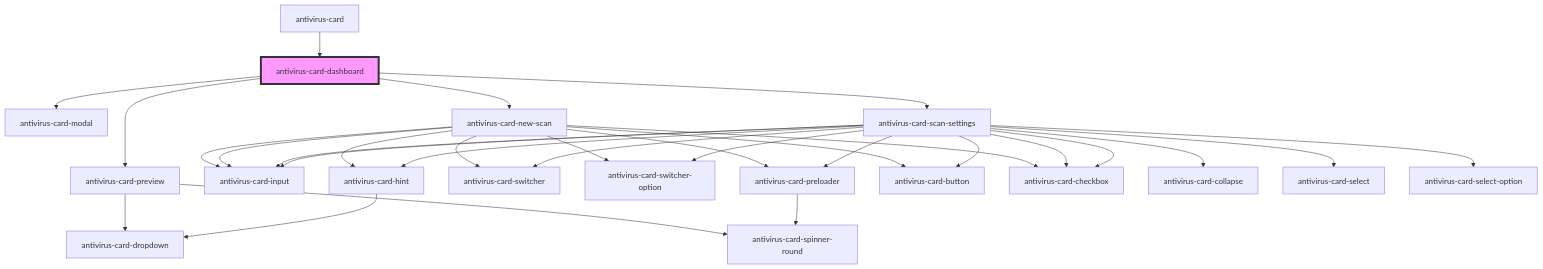
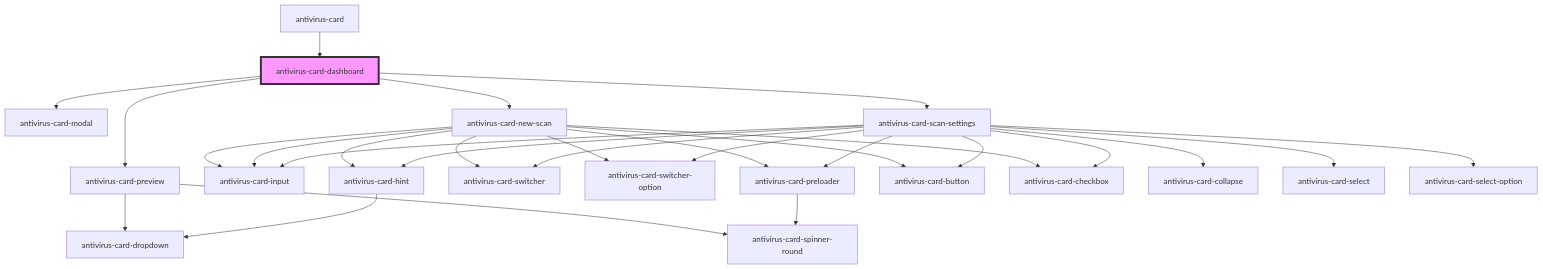
One commit to ispsystem/plugin-imunify changed the diagram in client/packages/antivirus-card/src/components/dashboard/readme.md. Above: the diagram before and after it, drawn with Mermaid. The commit also changed 6 other files, not shown here.

Commit message:
fix(antivirus-card): 🐛 small bugfix by todo list

````diff
--- a/client/packages/antivirus-card/src/components/dashboard/readme.md
+++ b/client/packages/antivirus-card/src/components/dashboard/readme.md
@@ -29,33 +29,31 @@
 ```mermaid
 graph TD;
   antivirus-card-dashboard --> antivirus-card-preview
   antivirus-card-dashboard --> antivirus-card-modal
   antivirus-card-dashboard --> antivirus-card-new-scan
   antivirus-card-dashboard --> antivirus-card-scan-settings
   antivirus-card-preview --> antivirus-card-dropdown
   antivirus-card-preview --> antivirus-card-spinner-round
   antivirus-card-new-scan --> antivirus-card-input
   antivirus-card-new-scan --> antivirus-card-hint
   antivirus-card-new-scan --> antivirus-card-switcher
   antivirus-card-new-scan --> antivirus-card-switcher-option
   antivirus-card-new-scan --> antivirus-card-preloader
   antivirus-card-new-scan --> antivirus-card-button
   antivirus-card-new-scan --> antivirus-card-checkbox
   antivirus-card-new-scan --> antivirus-card-input
   antivirus-card-hint --> antivirus-card-dropdown
   antivirus-card-preloader --> antivirus-card-spinner-round
   antivirus-card-scan-settings --> antivirus-card-switcher
   antivirus-card-scan-settings --> antivirus-card-switcher-option
   antivirus-card-scan-settings --> antivirus-card-hint
   antivirus-card-scan-settings --> antivirus-card-input
   antivirus-card-scan-settings --> antivirus-card-checkbox
   antivirus-card-scan-settings --> antivirus-card-collapse
   antivirus-card-scan-settings --> antivirus-card-select
   antivirus-card-scan-settings --> antivirus-card-select-option
   antivirus-card-scan-settings --> antivirus-card-preloader
   antivirus-card-scan-settings --> antivirus-card-button
-  antivirus-card-scan-settings --> antivirus-card-checkbox
-  antivirus-card-scan-settings --> antivirus-card-input
   antivirus-card --> antivirus-card-dashboard
   style antivirus-card-dashboard fill:#f9f,stroke:#333,stroke-width:4px
 ```
````
